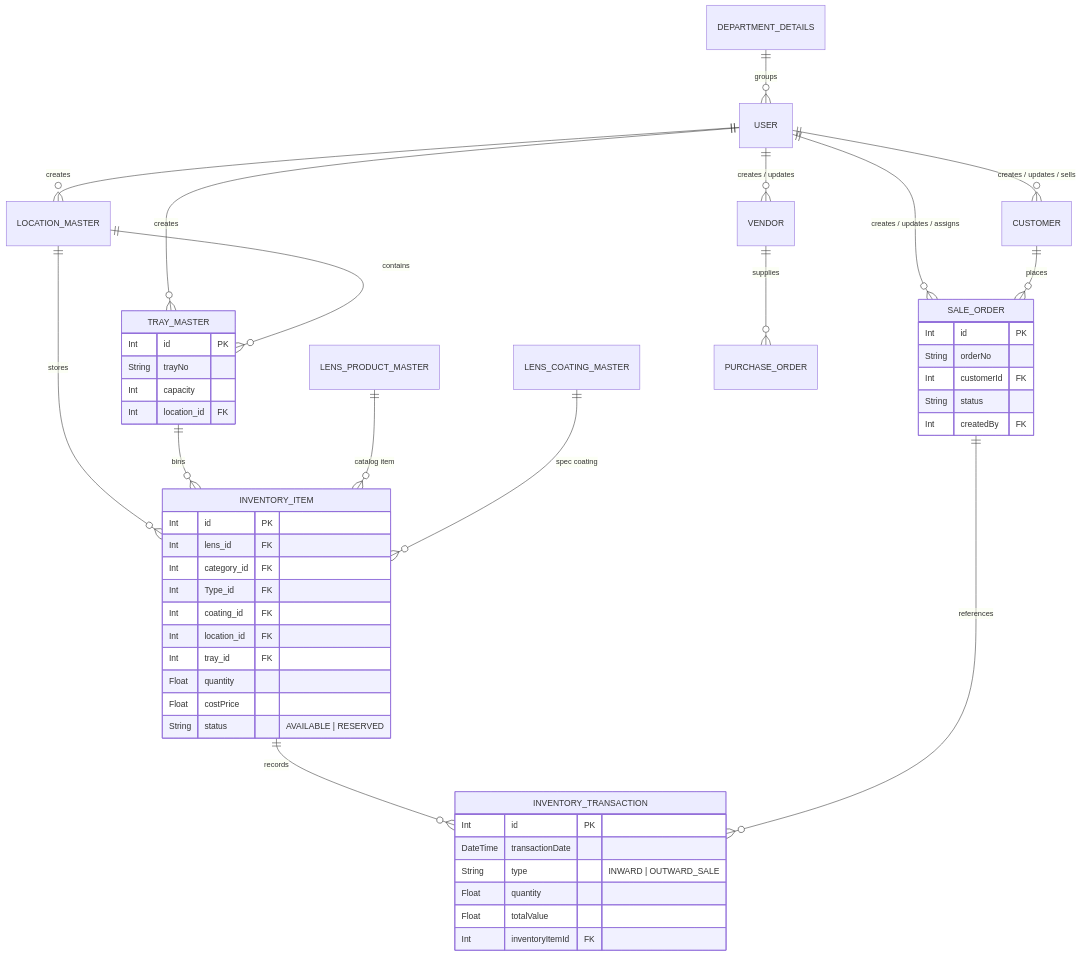
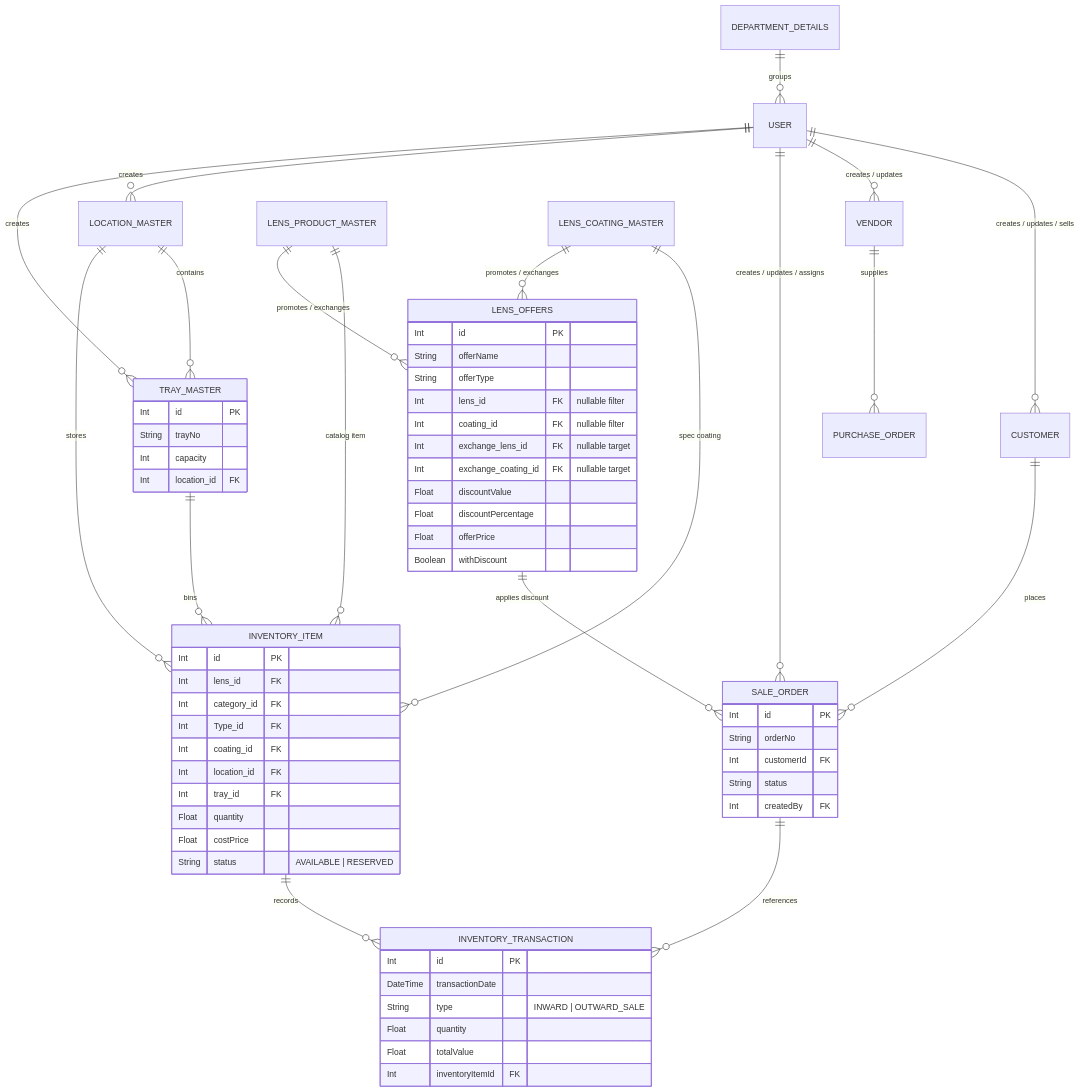
The diagram in planning/DATABASE_ERD.md (Samvictor12/lens_web), drawn with Mermaid before and after one commit. The commit also changed other lines of this file and 16 other files, not shown here.

````diff
--- a/planning/DATABASE_ERD.md
+++ b/planning/DATABASE_ERD.md
@@ -7,60 +7,78 @@
 ```mermaid
 erDiagram
     USER ||--o{ CUSTOMER : "creates / updates / sells"
     USER ||--o{ VENDOR : "creates / updates"
     USER ||--o{ SALE_ORDER : "creates / updates / assigns"
     USER ||--o{ LOCATION_MASTER : "creates"
     USER ||--o{ TRAY_MASTER : "creates"
 
     DEPARTMENT_DETAILS ||--o{ USER : "groups"
 
     LOCATION_MASTER ||--o{ TRAY_MASTER : "contains"
     LOCATION_MASTER ||--o{ INVENTORY_ITEM : "stores"
     TRAY_MASTER ||--o{ INVENTORY_ITEM : "bins"
 
     LENS_PRODUCT_MASTER ||--o{ INVENTORY_ITEM : "catalog item"
     LENS_COATING_MASTER ||--o{ INVENTORY_ITEM : "spec coating"
 
     CUSTOMER ||--o{ SALE_ORDER : "places"
     VENDOR ||--o{ PURCHASE_ORDER : "supplies"
 
     INVENTORY_ITEM ||--o{ INVENTORY_TRANSACTION : "records"
     SALE_ORDER ||--o{ INVENTORY_TRANSACTION : "references"
 
     INVENTORY_ITEM {
         Int id PK
         Int lens_id FK
         Int category_id FK
         Int Type_id FK
         Int coating_id FK
         Int location_id FK
         Int tray_id FK
         Float quantity
         Float costPrice
         String status "AVAILABLE | RESERVED"
     }
 
     INVENTORY_TRANSACTION {
         Int id PK
         DateTime transactionDate
         String type "INWARD | OUTWARD_SALE"
         Float quantity
         Float totalValue
         Int inventoryItemId FK
     }
 
     TRAY_MASTER {
         Int id PK
         String trayNo
         Int capacity
         Int location_id FK
     }
 
     SALE_ORDER {
         Int id PK
         String orderNo
         Int customerId FK
         String status
         Int createdBy FK
     }
+
+    LENS_PRODUCT_MASTER ||--o{ LENS_OFFERS : "promotes / exchanges"
+    LENS_COATING_MASTER ||--o{ LENS_OFFERS : "promotes / exchanges"
+    LENS_OFFERS ||--o{ SALE_ORDER : "applies discount"
+
+    LENS_OFFERS {
+        Int id PK
+        String offerName
+        String offerType
+        Int lens_id FK "nullable filter"
+        Int coating_id FK "nullable filter"
+        Int exchange_lens_id FK "nullable target"
+        Int exchange_coating_id FK "nullable target"
+        Float discountValue
+        Float discountPercentage
+        Float offerPrice
+        Boolean withDiscount
+    }
 ```
````
